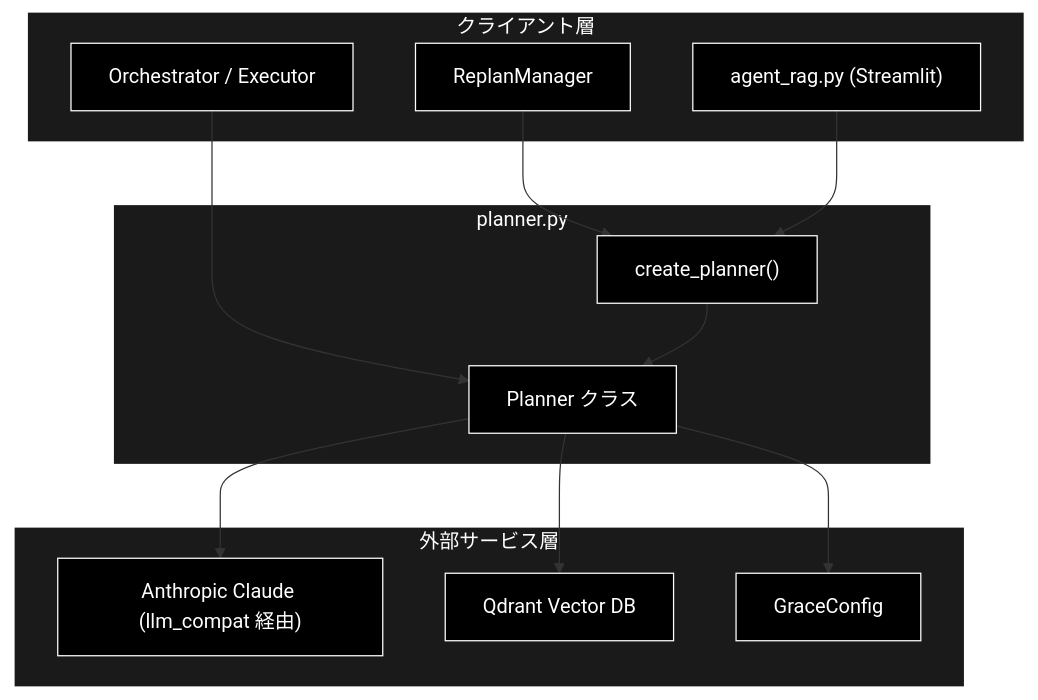
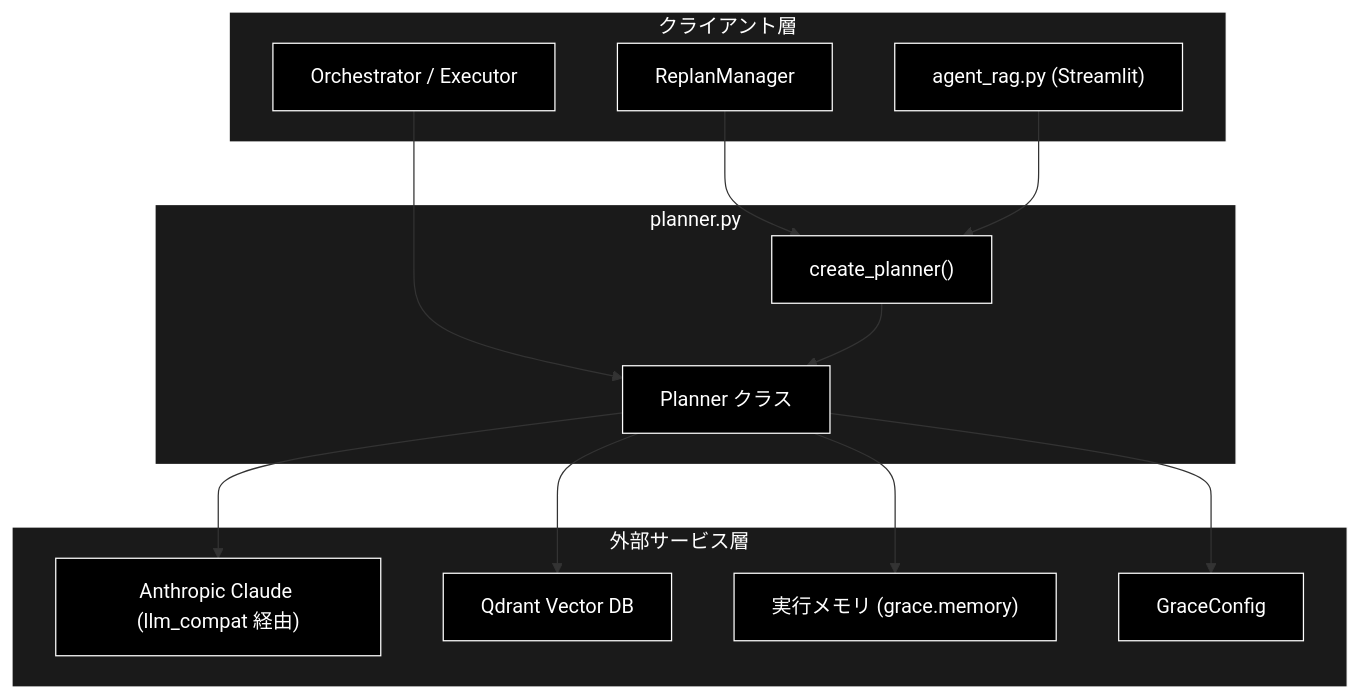
One commit to nakashima2toshio/anthropic_grace_agent_v2 changed the first of 3 diagrams in grace/doc/planner.md. Above: the diagram before and after it, drawn with Mermaid. The commit also changed other lines of this file, not shown here.

First line of the commit message:
docs(grace): planner.md を現行実装に合わせて v3.2 へ最新化

````diff
--- a/grace/doc/planner.md
+++ b/grace/doc/planner.md
@@ -73,33 +80,35 @@
 ```mermaid
 flowchart TB
     subgraph CLIENT["クライアント層"]
         ORCH["Orchestrator / Executor"]
         REPLAN["ReplanManager"]
         UI["agent_rag.py (Streamlit)"]
     end
 
     subgraph MODULE["planner.py"]
         PLANNER["Planner クラス"]
         FACTORY["create_planner()"]
     end
 
     subgraph EXTERNAL["外部サービス層"]
         LLM["Anthropic Claude (llm_compat 経由)"]
         QDRANT["Qdrant Vector DB"]
+        MEMORY["実行メモリ (grace.memory)"]
         CONFIG["GraceConfig"]
     end
 
     ORCH --> PLANNER
     REPLAN --> FACTORY
     UI --> FACTORY
     FACTORY --> PLANNER
     PLANNER --> LLM
     PLANNER --> QDRANT
+    PLANNER --> MEMORY
     PLANNER --> CONFIG
 classDef default fill:#000,stroke:#fff,color:#fff
 classDef subgraphStyle fill:#1a1a1a,stroke:#fff,color:#fff
-class ORCH,REPLAN,UI,PLANNER,FACTORY,LLM,QDRANT,CONFIG default
+class ORCH,REPLAN,UI,PLANNER,FACTORY,LLM,QDRANT,MEMORY,CONFIG default
 style CLIENT fill:#1a1a1a,stroke:#fff,color:#fff
 style MODULE fill:#1a1a1a,stroke:#fff,color:#fff
 style EXTERNAL fill:#1a1a1a,stroke:#fff,color:#fff
 ```
````
